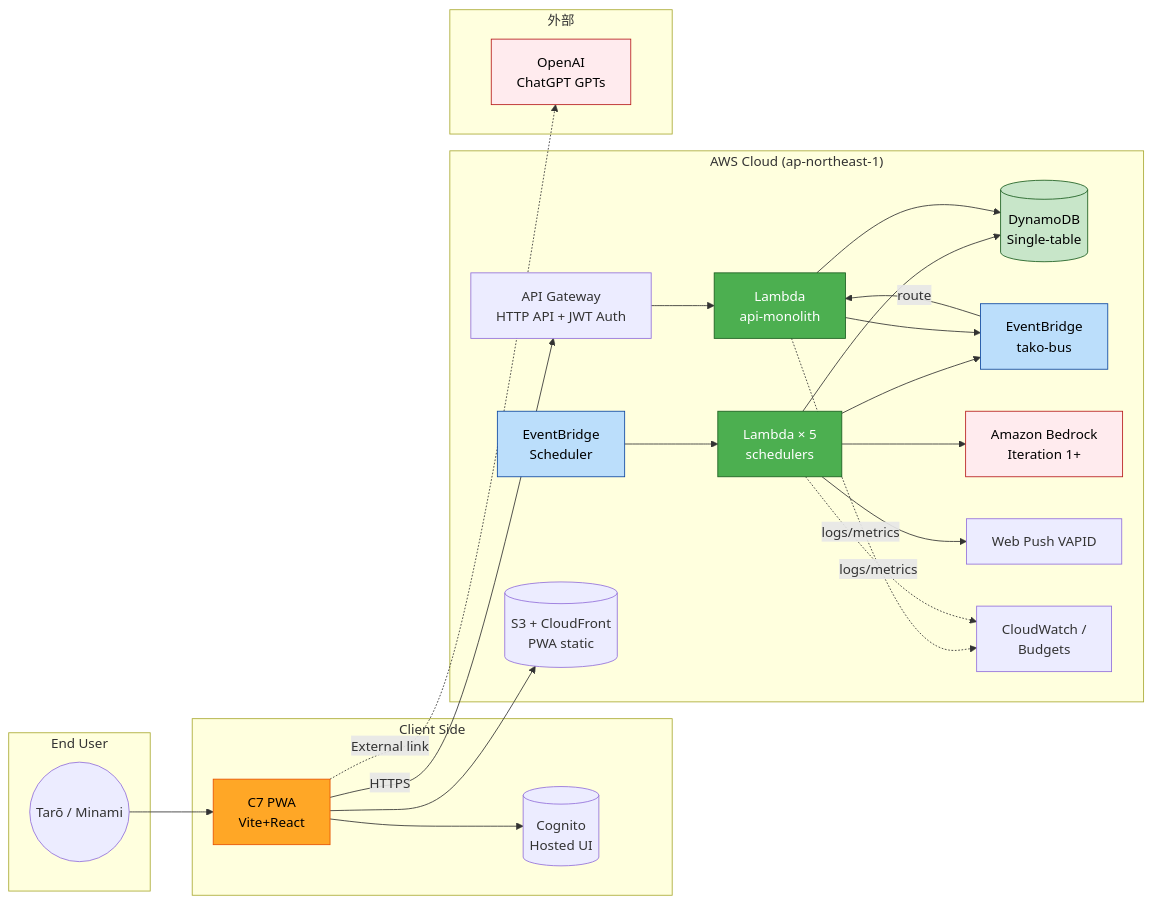
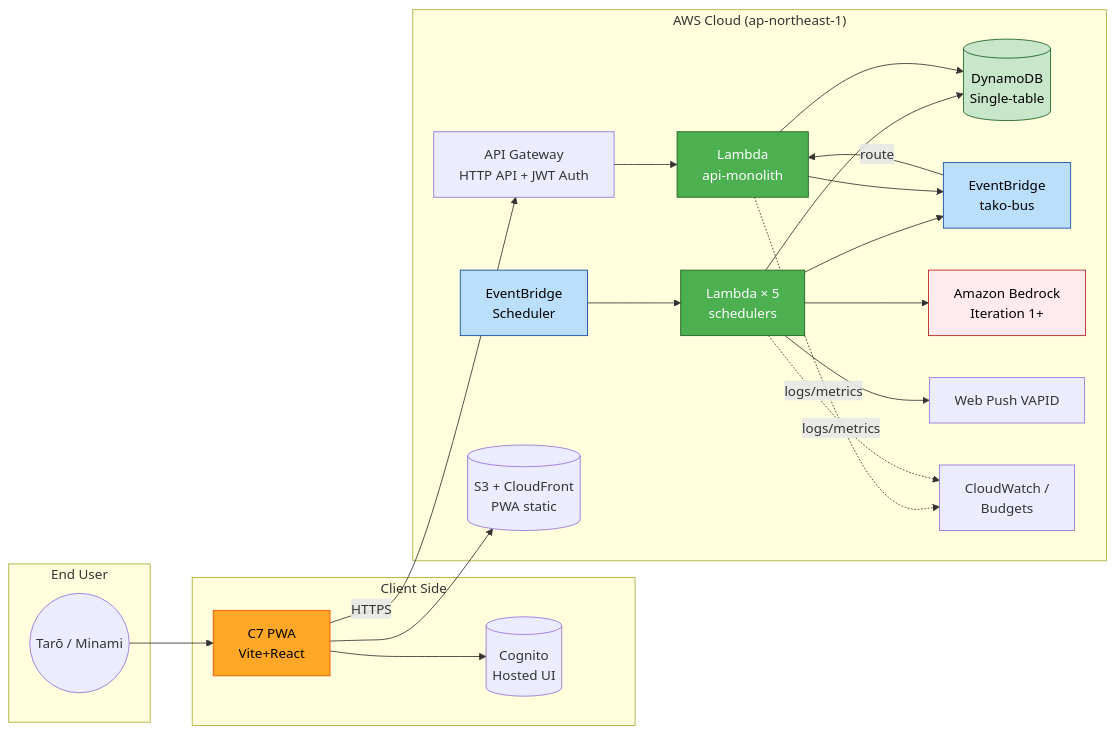
The diagram in README.md (salsa-panda/tako-tues), drawn with Mermaid before and after one commit. The commit also changed other lines of this file and 19 other files, not shown here.

First line of the commit message:
FR-6.3 ChatGPT カスタム GPT スコープを全ドキュメントから削除

````diff
--- a/README.md
+++ b/README.md
@@ -43,56 +42,50 @@
 ```mermaid
 flowchart LR
     subgraph User["End User"]
         U((Tarō / Minami))
     end
 
     subgraph Client["Client Side"]
         PWA[C7 PWA<br/>Vite+React]
         Cognito[(Cognito<br/>Hosted UI)]
     end
 
     subgraph AWS["AWS Cloud (ap-northeast-1)"]
         APIGW[API Gateway<br/>HTTP API + JWT Auth]
         ApiMono[Lambda<br/>api-monolith]
         Scheds[Lambda × 5<br/>schedulers]
         DDB[(DynamoDB<br/>Single-table)]
         EBBus[EventBridge<br/>tako-bus]
         EBSched[EventBridge<br/>Scheduler]
         S3[(S3 + CloudFront<br/>PWA static)]
         Bedrock[Amazon Bedrock<br/>Iteration 1+]
         WP[Web Push VAPID]
         CW[CloudWatch /<br/>Budgets]
     end
 
-    subgraph External["外部"]
-        GPT[OpenAI<br/>ChatGPT GPTs]
-    end
-
     U --> PWA
     PWA -->|HTTPS| APIGW --> ApiMono
     PWA --> Cognito
-    PWA -.->|External link| GPT
 
     EBSched --> Scheds
     Scheds --> DDB
     Scheds --> EBBus
     Scheds --> Bedrock
     Scheds --> WP
 
     ApiMono --> DDB
     ApiMono --> EBBus
     EBBus -->|route| ApiMono
 
     PWA --> S3
     ApiMono -.->|logs/metrics| CW
     Scheds -.->|logs/metrics| CW
 
     style PWA fill:#FFA726,stroke:#E65100,color:#000
     style ApiMono fill:#4CAF50,stroke:#1B5E20,color:#fff
     style Scheds fill:#4CAF50,stroke:#1B5E20,color:#fff
     style EBBus fill:#BBDEFB,stroke:#0D47A1,color:#000
     style EBSched fill:#BBDEFB,stroke:#0D47A1,color:#000
     style DDB fill:#C8E6C9,stroke:#1B5E20,color:#000
-    style GPT fill:#FFEBEE,stroke:#B71C1C,color:#000
     style Bedrock fill:#FFEBEE,stroke:#B71C1C,color:#000
 ```
````
